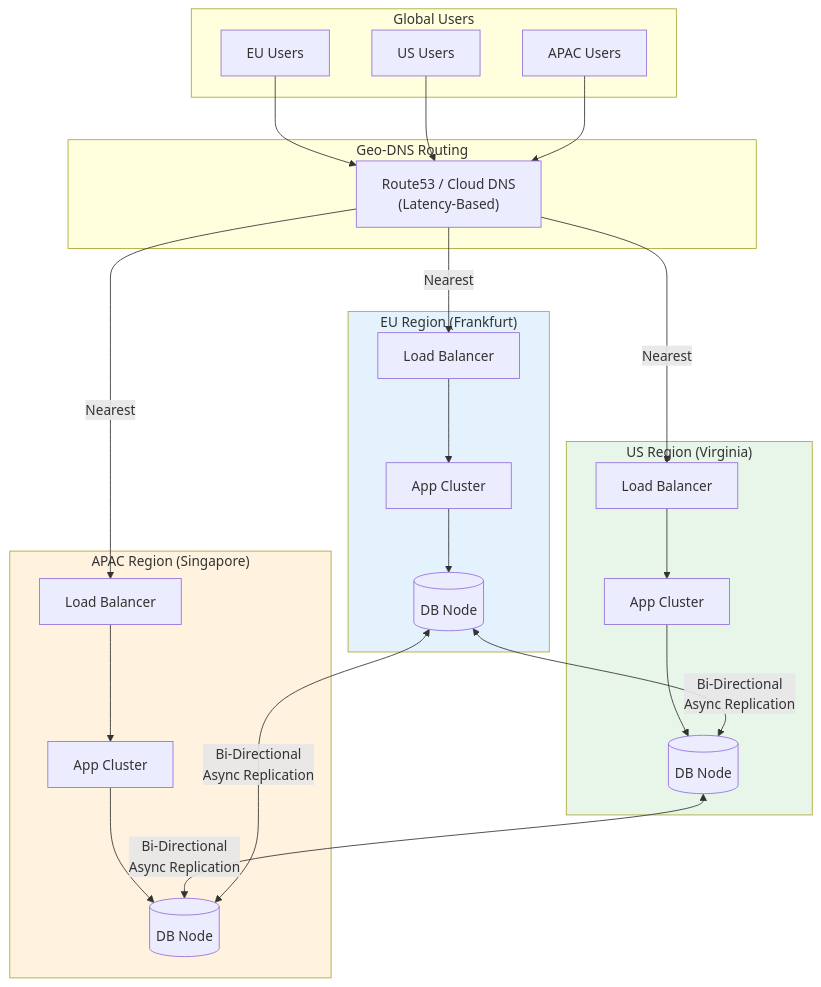
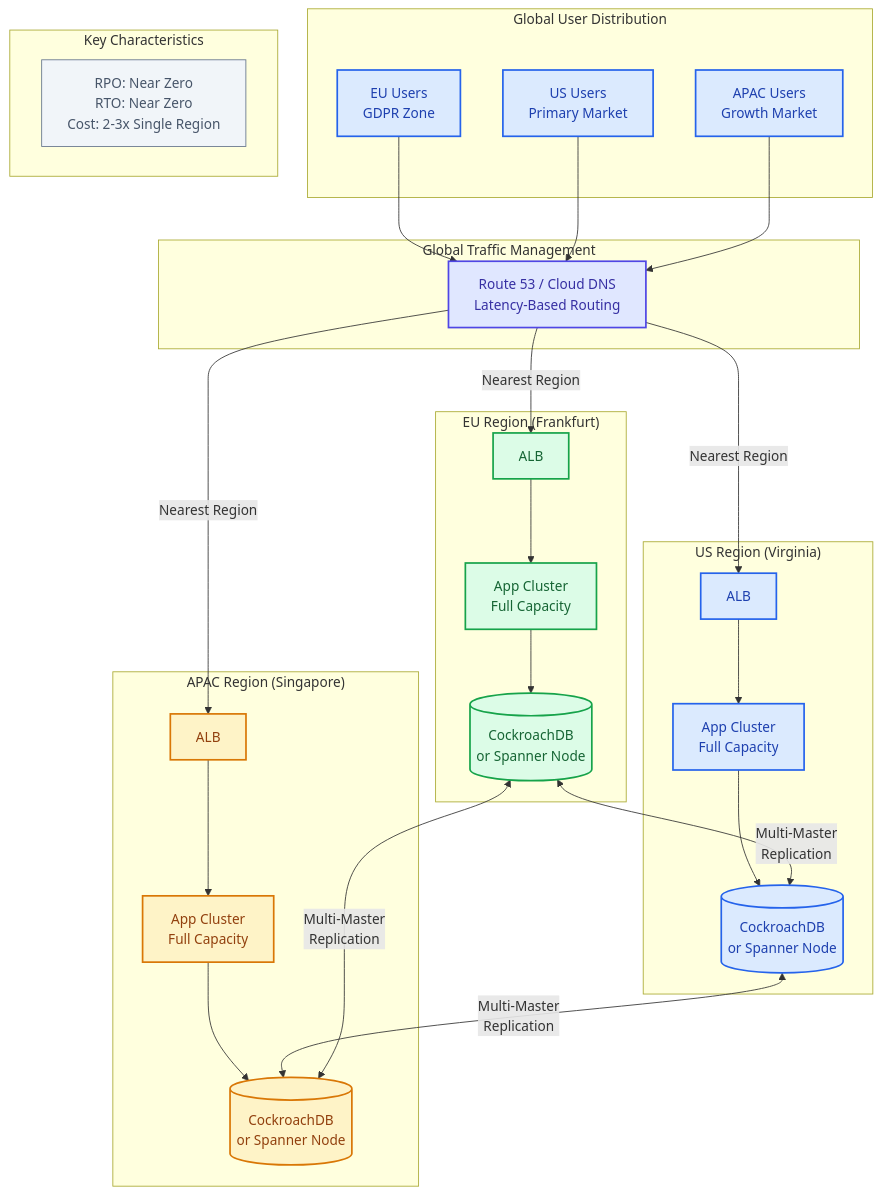
Before and after one commit to udaytamma/Cyrus: the second of 4 diagrams in gemini-responses/multi-region-patterns-20260120-1302.md, drawn with Mermaid. The commit also changed other lines of this file and 28 other files, not shown here.

First line of the commit message:
Upgrade Knowledge Base Mermaid diagrams to professional styling

````diff
--- a/gemini-responses/multi-region-patterns-20260120-1302.md
+++ b/gemini-responses/multi-region-patterns-20260120-1302.md
@@ -155,50 +168,64 @@
 ```mermaid
 flowchart TB
-    subgraph Users["Global Users"]
-        EU["EU Users"]
-        US["US Users"]
-        AP["APAC Users"]
+    subgraph Users["Global User Distribution"]
+        EU["EU Users<br/>GDPR Zone"]
+        US["US Users<br/>Primary Market"]
+        AP["APAC Users<br/>Growth Market"]
     end
 
-    subgraph DNS["Geo-DNS Routing"]
-        R53["Route53 / Cloud DNS<br/>(Latency-Based)"]
+    subgraph DNS["Global Traffic Management"]
+        R53["Route 53 / Cloud DNS<br/>Latency-Based Routing"]
     end
 
     subgraph EURegion["EU Region (Frankfurt)"]
-        EU_LB["Load Balancer"]
-        EU_APP["App Cluster"]
-        EU_DB[("DB Node")]
+        EU_LB["ALB"]
+        EU_APP["App Cluster<br/>Full Capacity"]
+        EU_DB[("CockroachDB<br/>or Spanner Node")]
     end
 
     subgraph USRegion["US Region (Virginia)"]
-        US_LB["Load Balancer"]
-        US_APP["App Cluster"]
-        US_DB[("DB Node")]
+        US_LB["ALB"]
+        US_APP["App Cluster<br/>Full Capacity"]
+        US_DB[("CockroachDB<br/>or Spanner Node")]
     end
 
     subgraph APRegion["APAC Region (Singapore)"]
-        AP_LB["Load Balancer"]
-        AP_APP["App Cluster"]
-        AP_DB[("DB Node")]
+        AP_LB["ALB"]
+        AP_APP["App Cluster<br/>Full Capacity"]
+        AP_DB[("CockroachDB<br/>or Spanner Node")]
+    end
+
+    subgraph Metrics["Key Characteristics"]
+        M1["RPO: Near Zero<br/>RTO: Near Zero<br/>Cost: 2-3x Single Region"]
     end
 
     EU --> R53
     US --> R53
     AP --> R53
 
-    R53 -->|"Nearest"| EU_LB
-    R53 -->|"Nearest"| US_LB
-    R53 -->|"Nearest"| AP_LB
+    R53 -->|"Nearest Region"| EU_LB
+    R53 -->|"Nearest Region"| US_LB
+    R53 -->|"Nearest Region"| AP_LB
 
     EU_LB --> EU_APP --> EU_DB
     US_LB --> US_APP --> US_DB
     AP_LB --> AP_APP --> AP_DB
 
-    EU_DB <-->|"Bi-Directional<br/>Async Replication"| US_DB
-    US_DB <-->|"Bi-Directional<br/>Async Replication"| AP_DB
-    AP_DB <-->|"Bi-Directional<br/>Async Replication"| EU_DB
+    EU_DB <-->|"Multi-Master<br/>Replication"| US_DB
+    US_DB <-->|"Multi-Master<br/>Replication"| AP_DB
+    AP_DB <-->|"Multi-Master<br/>Replication"| EU_DB
 
-    style EURegion fill:#e3f2fd
-    style USRegion fill:#e8f5e9
-    style APRegion fill:#fff3e0
+    classDef user fill:#dbeafe,stroke:#2563eb,color:#1e40af,stroke-width:2px
+    classDef dns fill:#e0e7ff,stroke:#4f46e5,color:#3730a3,stroke-width:2px
+    classDef euRegion fill:#dcfce7,stroke:#16a34a,color:#166534,stroke-width:2px
+    classDef usRegion fill:#dbeafe,stroke:#2563eb,color:#1e40af,stroke-width:2px
+    classDef apRegion fill:#fef3c7,stroke:#d97706,color:#92400e,stroke-width:2px
+    classDef metrics fill:#f1f5f9,stroke:#64748b,color:#475569,stroke-width:1px
+
+    class EU,US,AP user
+    class R53 dns
+    class EU_LB,EU_APP,EU_DB euRegion
+    class US_LB,US_APP,US_DB usRegion
+    class AP_LB,AP_APP,AP_DB apRegion
+    class M1 metrics
 ```
````
